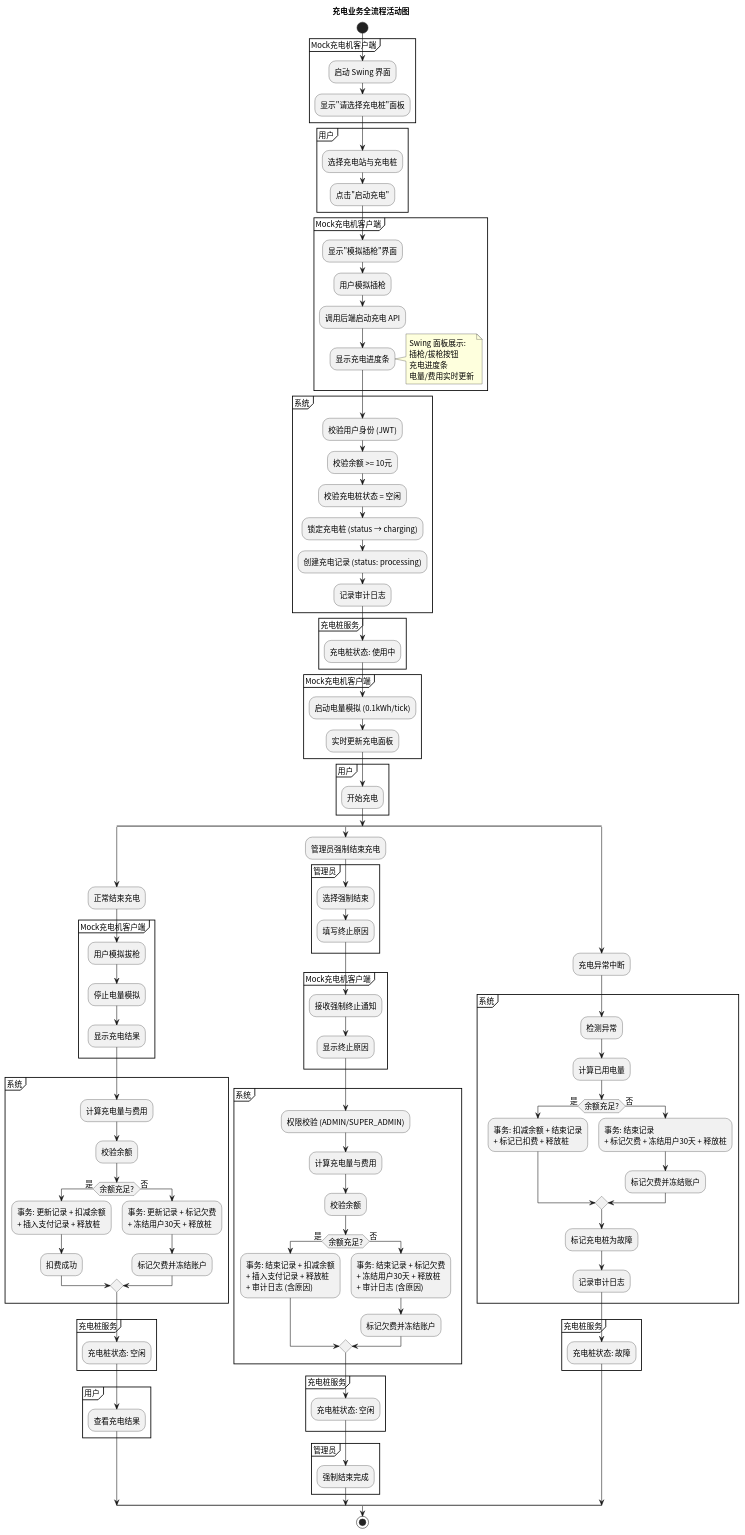
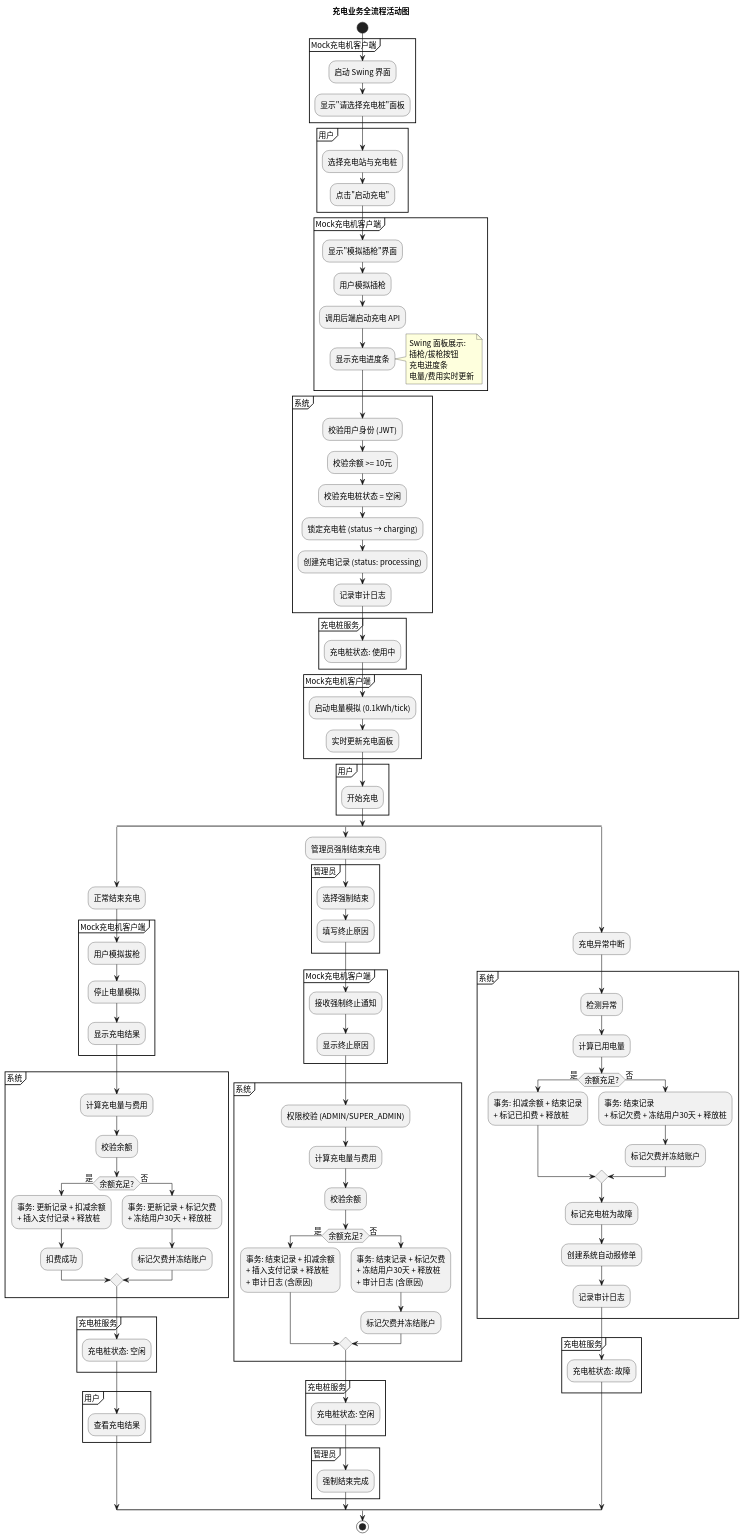
Before and after one commit to greenhandzdl/charging-station-doc: the diagram in activity/src/activity_charging.puml, drawn with PlantUML. The commit also changed 12 other files, not shown here.

```diff
--- a/activity/src/activity_charging.puml
+++ b/activity/src/activity_charging.puml
@@ -1,134 +1,135 @@
 @startuml
 skinparam defaultFontName "Noto Sans CJK SC"
 skinparam defaultFontSize 14
 title 充电业务全流程活动图
 
 start
 
 partition "Mock充电机客户端" {
   :启动 Swing 界面;
   :显示"请选择充电桩"面板;
 }
 
 partition "用户" {
   :选择充电站与充电桩;
   :点击"启动充电";
 }
 
 partition "Mock充电机客户端" {
   :显示"模拟插枪"界面;
   :用户模拟插枪;
   :调用后端启动充电 API;
   :显示充电进度条;
   note right
     Swing 面板展示:
     插枪/拔枪按钮
     充电进度条
     电量/费用实时更新
   end note
 }
 
 partition "系统" {
   :校验用户身份 (JWT);
   :校验余额 >= 10元;
   :校验充电桩状态 = 空闲;
   :锁定充电桩 (status → charging);
   :创建充电记录 (status: processing);
   :记录审计日志;
 }
 
 partition "充电桩服务" {
   :充电桩状态: 使用中;
 }
 
 partition "Mock充电机客户端" {
   :启动电量模拟 (0.1kWh/tick);
   :实时更新充电面板;
 }
 
 partition "用户" {
   :开始充电;
 }
 
 split
   :正常结束充电;
   partition "Mock充电机客户端" {
     :用户模拟拔枪;
     :停止电量模拟;
     :显示充电结果;
   }
 
   partition "系统" {
     :计算充电量与费用;
     :校验余额;
     if (余额充足?) then (是)
       :事务: 更新记录 + 扣减余额\n+ 插入支付记录 + 释放桩;
       :扣费成功;
     else (否)
       :事务: 更新记录 + 标记欠费\n+ 冻结用户30天 + 释放桩;
       :标记欠费并冻结账户;
     endif
   }
 
   partition "充电桩服务" {
     :充电桩状态: 空闲;
   }
 
   partition "用户" {
     :查看充电结果;
   }
 split again
   :管理员强制结束充电;
 
   partition "管理员" {
     :选择强制结束;
     :填写终止原因;
   }
 
   partition "Mock充电机客户端" {
     :接收强制终止通知;
     :显示终止原因;
   }
 
   partition "系统" {
     :权限校验 (ADMIN/SUPER_ADMIN);
     :计算充电量与费用;
     :校验余额;
     if (余额充足?) then (是)
       :事务: 结束记录 + 扣减余额\n+ 插入支付记录 + 释放桩\n+ 审计日志 (含原因);
     else (否)
       :事务: 结束记录 + 标记欠费\n+ 冻结用户30天 + 释放桩\n+ 审计日志 (含原因);
       :标记欠费并冻结账户;
     endif
   }
 
   partition "充电桩服务" {
     :充电桩状态: 空闲;
   }
 
   partition "管理员" {
     :强制结束完成;
   }
 split again
   :充电异常中断;
 
   partition "系统" {
     :检测异常;
     :计算已用电量;
     if (余额充足?) then (是)
       :事务: 扣减余额 + 结束记录\n+ 标记已扣费 + 释放桩;
     else (否)
       :事务: 结束记录\n+ 标记欠费 + 冻结用户30天 + 释放桩;
       :标记欠费并冻结账户;
     endif
     :标记充电桩为故障;
+    :创建系统自动报修单;
     :记录审计日志;
   }
 
   partition "充电桩服务" {
     :充电桩状态: 故障;
   }
 end split
 
 stop
 @enduml
```
